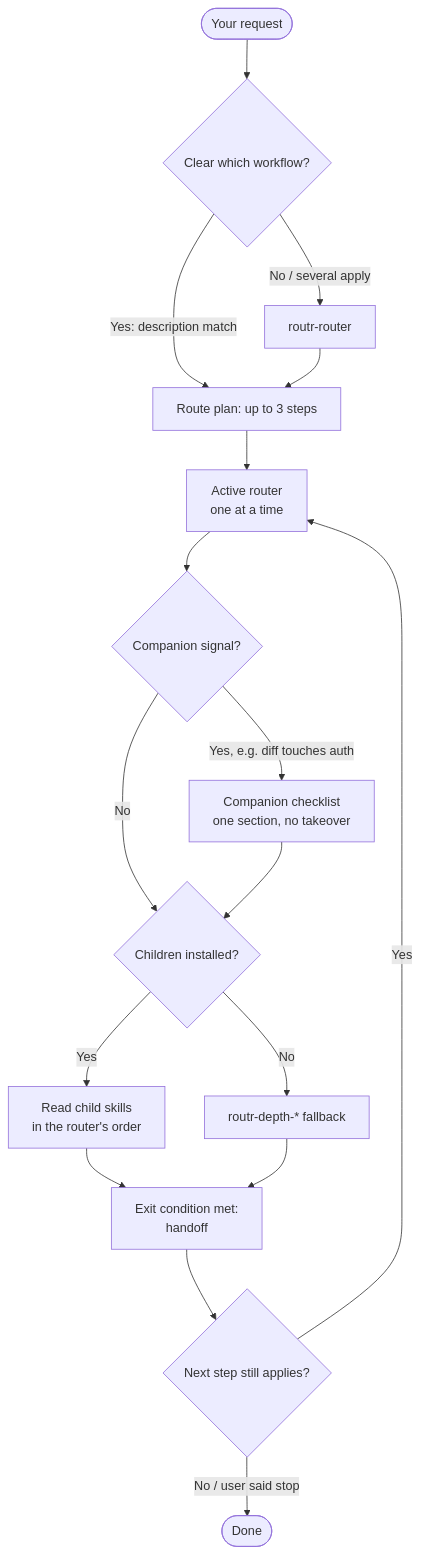
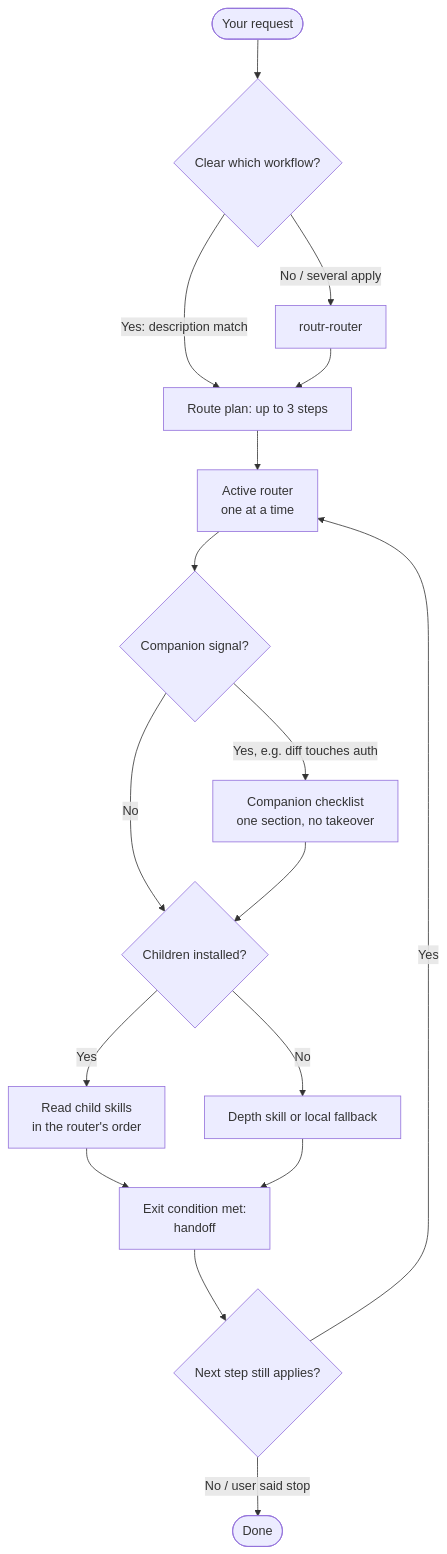
Before and after one commit to TeckTinkerere/ROUTR: the diagram in README.md, drawn with Mermaid. The commit also changed other lines of this file and 29 other files, not shown here.

First line of the commit message:
feat: add routr-spec skill for product reconciliation

````diff
--- a/README.md
+++ b/README.md
@@ -66,19 +66,19 @@
 ```mermaid
 flowchart TD
     A([Your request]) --> B{Clear which workflow?}
     B -- "No / several apply" --> R[routr-router]
     B -- "Yes: description match" --> P
     R --> P[Route plan: up to 3 steps]
     P --> X[Active router<br/>one at a time]
     X --> C{Companion signal?}
     C -- "Yes, e.g. diff touches auth" --> K[Companion checklist<br/>one section, no takeover]
     C -- No --> D
     K --> D{Children installed?}
     D -- Yes --> E[Read child skills<br/>in the router's order]
-    D -- No --> F[routr-depth-* fallback]
+    D -- No --> F[Depth skill or local fallback]
     E --> H[Exit condition met:<br/>handoff]
     F --> H
     H --> N{Next step still applies?}
     N -- Yes --> X
     N -- "No / user said stop" --> Z([Done])
 ```
````
